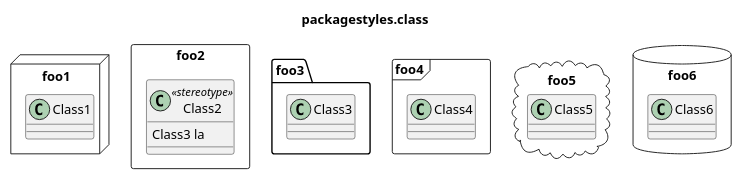
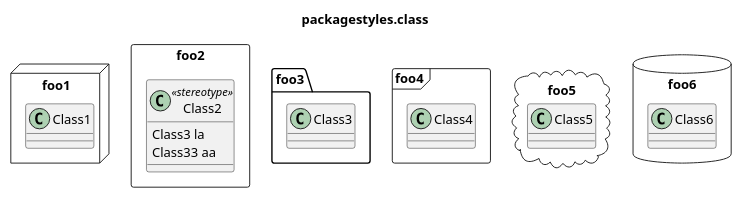
Before and after one commit to AnQueth/PlantUMLEditor: the diagram in testdocs/packagestyles.class.puml, drawn with PlantUML. The commit also changed 8 other files, not shown here.

```diff
--- a/testdocs/packagestyles.class.puml
+++ b/testdocs/packagestyles.class.puml
@@ -1,37 +1,38 @@
 @startuml
 
 title packagestyles.class
 
 scale 750 width
 package foo1 <<Node>> {
     class Class1 {
     }
 }
 
 package foo2 <<Rectangle>> {
     class Class2 <<stereotype>> {
         Class3 la
+        Class33 aa
     }
 }
 
 package foo3 <<Folder>> {
     class Class3 {
     }
 }
 
 package foo4 <<Frame>> {
     class Class4 {
     }
 }
 
 package foo5 <<Cloud>> {
     class Class5 {
     }
 }
 
 package foo6 <<Database>> {
     class Class6 {
     }
 }
 
 @enduml
```
